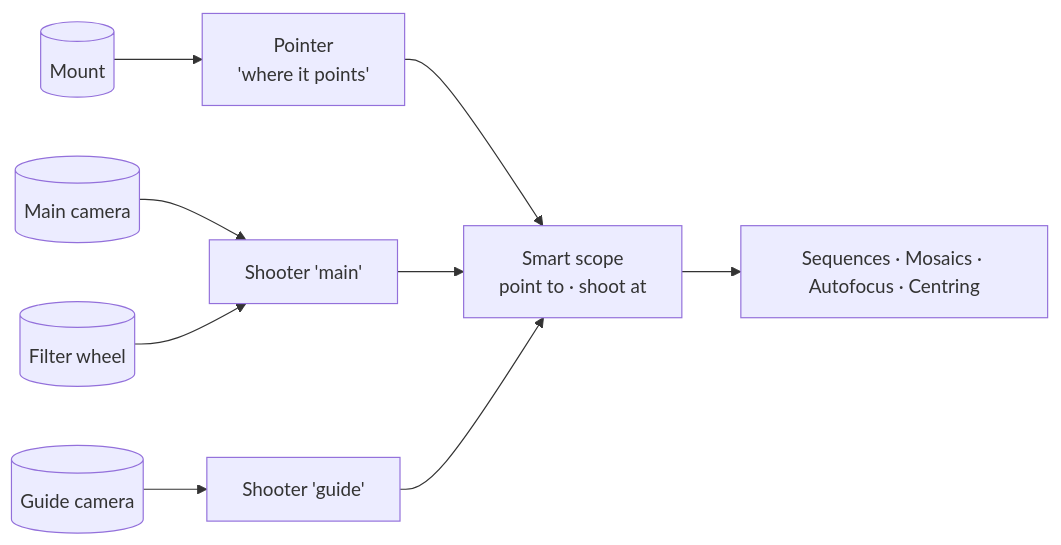
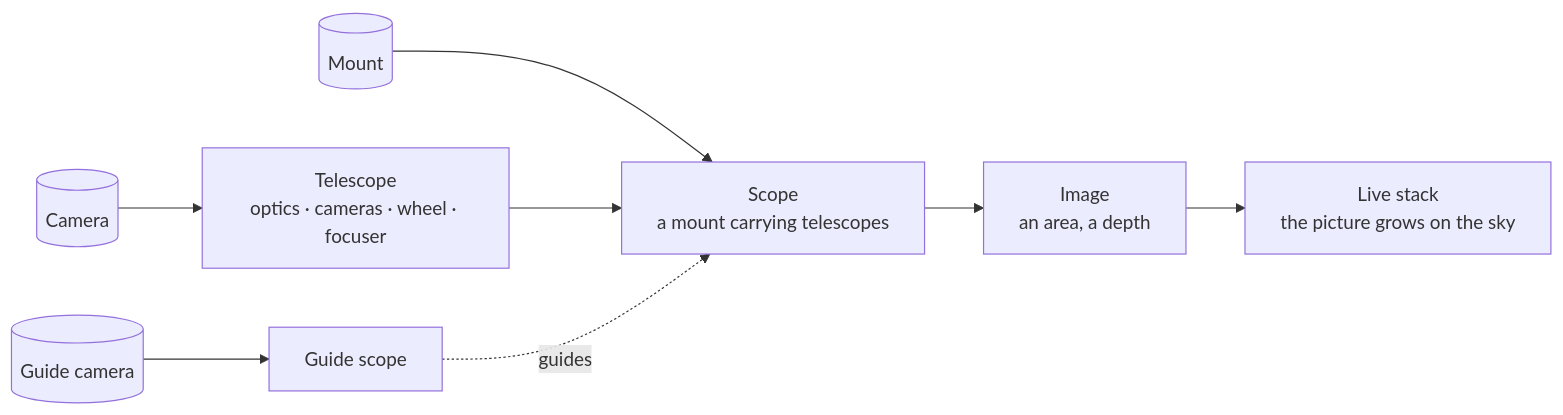
One commit to UltraGeekDEV/ELink-Astro changed the first of 3 diagrams in docs/user-guide.md. Above: the diagram before and after it, drawn with Mermaid. The commit also changed other lines of this file and 19 other files, not shown here.

Commit message:
UI refinement: zoom towards the pointer, a getting-started list over the sky, a foldable side panel, keyboard shortcuts (Ctrl+1..4, Esc, +/-, F), actions greyed until they can work, empty-state help in Scopes; user guide and README rewritten for the new UI with fresh pictures

````diff
--- a/docs/user-guide.md
+++ b/docs/user-guide.md
@@ -7,11 +11,10 @@
 ```mermaid
 flowchart LR
-    Mount[(Mount)] --> Pointer[Pointer<br/>'where it points']
-    Cam1[(Main camera)] --> Shooter1[Shooter 'main']
-    Wheel[(Filter wheel)] --> Shooter1
-    Cam2[(Guide camera)] --> Shooter2[Shooter 'guide']
-    Pointer --> Scope[Smart scope<br/>point to · shoot at]
-    Shooter1 --> Scope
-    Shooter2 --> Scope
-    Scope --> Jobs[Sequences · Mosaics · Autofocus · Centring]
+    Mount[(Mount)] --> Scope
+    Cam1[(Camera)] --> T1[Telescope<br/>optics · cameras · wheel · focuser]
+    Cam2[(Guide camera)] --> T2[Guide scope]
+    T1 --> Scope[Scope<br/>a mount carrying telescopes]
+    T2 -.guides.-> Scope
+    Scope --> Img[Image<br/>an area, a depth]
+    Img --> Stack[Live stack<br/>the picture grows on the sky]
 ```
````
